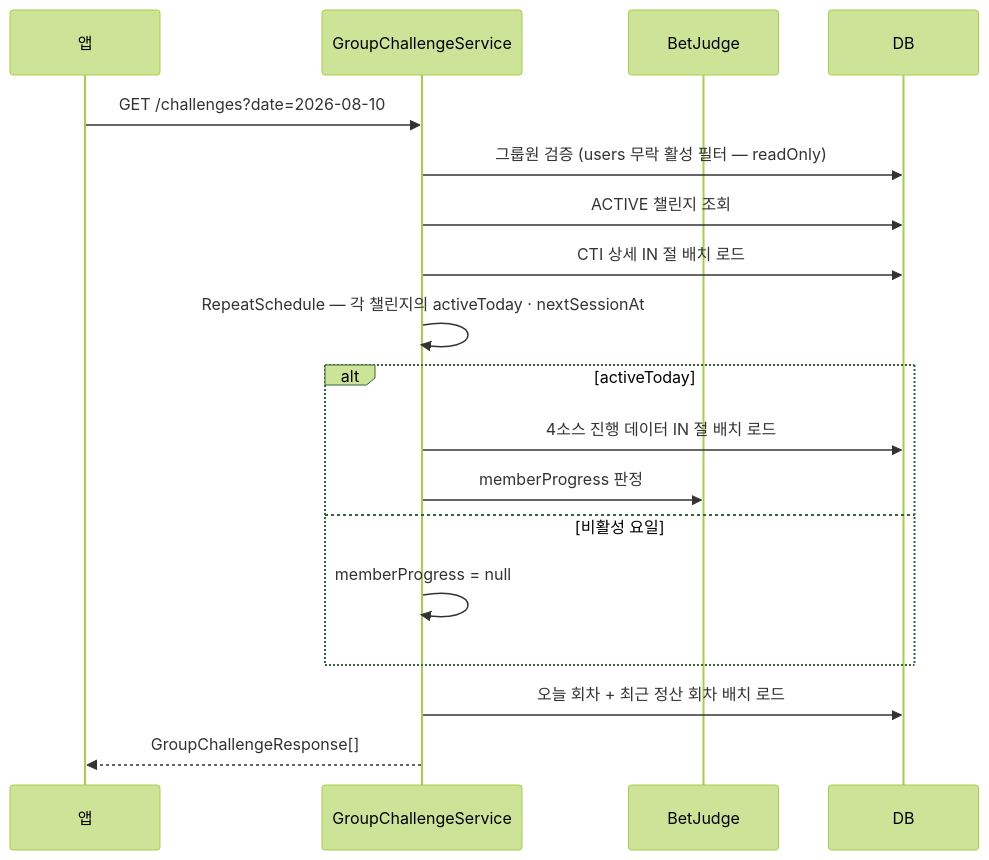
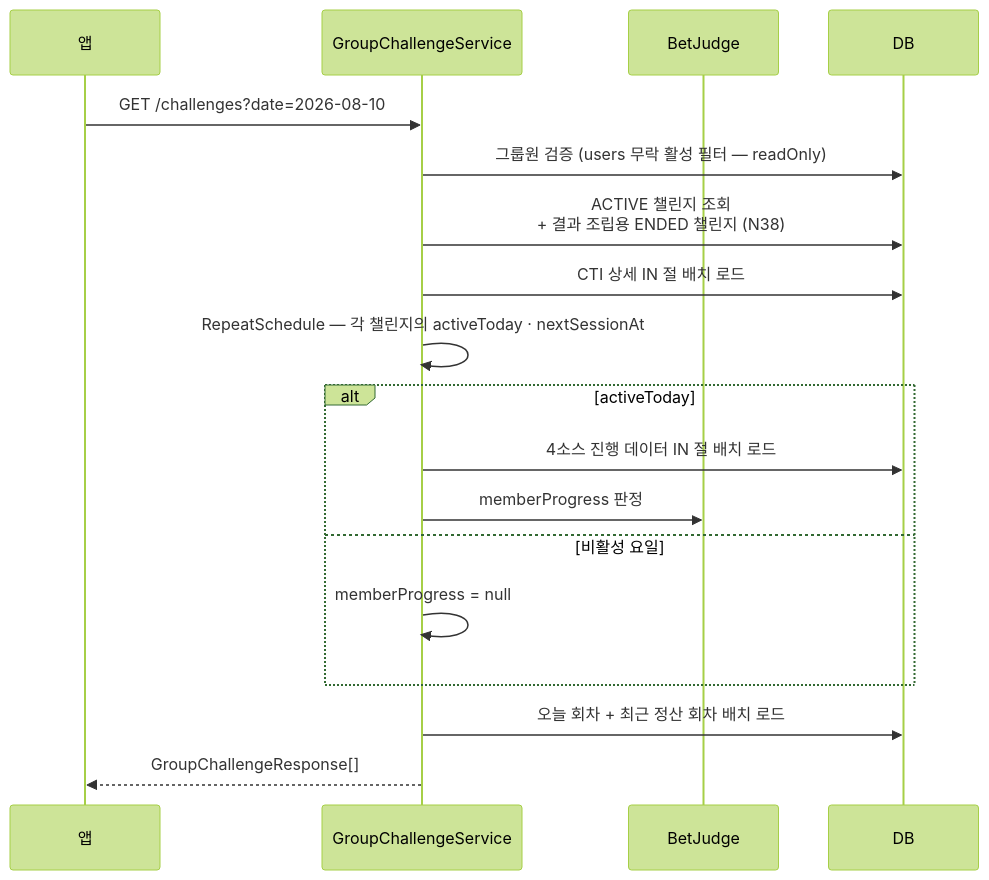
One commit to OneOrThree/phone changed the fifth of 13 diagrams in docs/prd/challenge/high-level-design.md. Above: the diagram before and after it, drawn with Mermaid (forest theme). The commit also changed other lines of this file and 4 other files, not shown here.

````diff
--- a/docs/prd/challenge/high-level-design.md
+++ b/docs/prd/challenge/high-level-design.md
@@ -207,21 +212,21 @@
 ```mermaid
 sequenceDiagram
     participant A as 앱
     participant S as GroupChallengeService
     participant J as BetJudge
     participant DB as DB
 
     A->>S: GET /challenges?date=2026-08-10
     S->>DB: 그룹원 검증 (users 무락 활성 필터 — readOnly)
-    S->>DB: ACTIVE 챌린지 조회
+    S->>DB: ACTIVE 챌린지 조회<br/>+ 결과 조립용 ENDED 챌린지 (N38)
     S->>DB: CTI 상세 IN 절 배치 로드
     S->>S: RepeatSchedule — 각 챌린지의 activeToday · nextSessionAt
     alt activeToday
         S->>DB: 4소스 진행 데이터 IN 절 배치 로드
         S->>J: memberProgress 판정
     else 비활성 요일
         S->>S: memberProgress = null
     end
     S->>DB: 오늘 회차 + 최근 정산 회차 배치 로드
     S-->>A: GroupChallengeResponse[]
 ```
````
